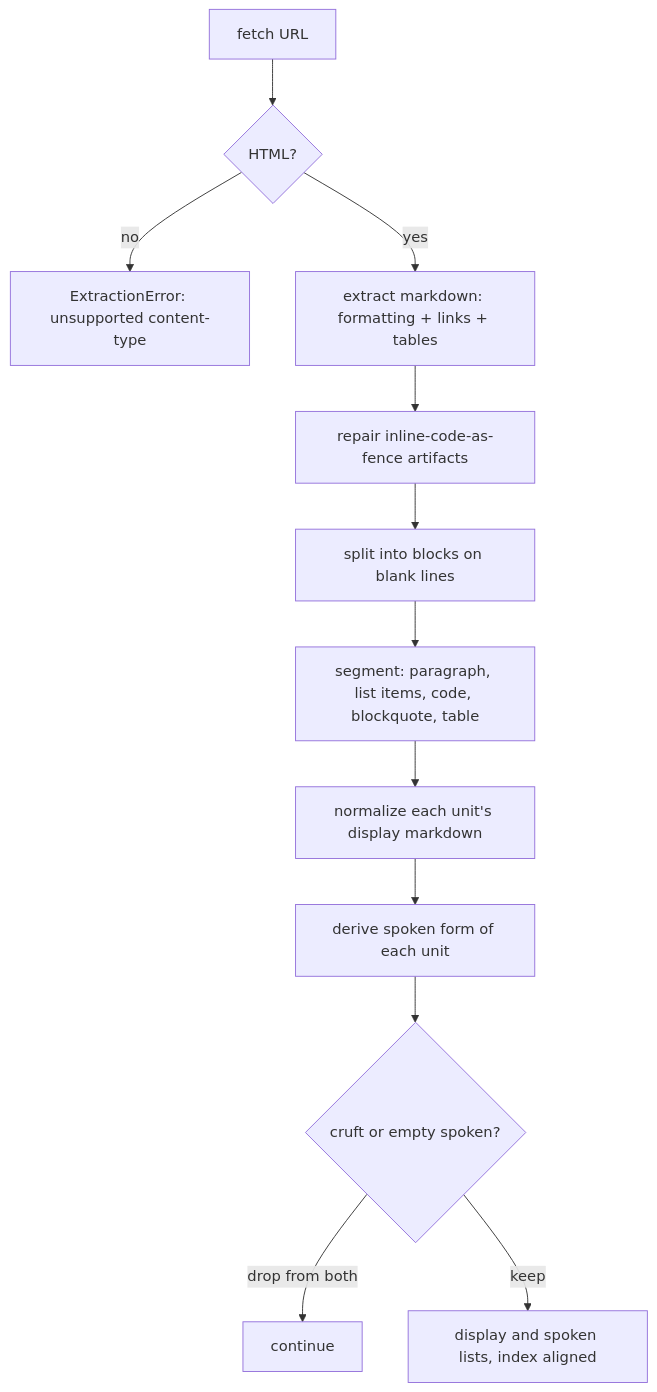
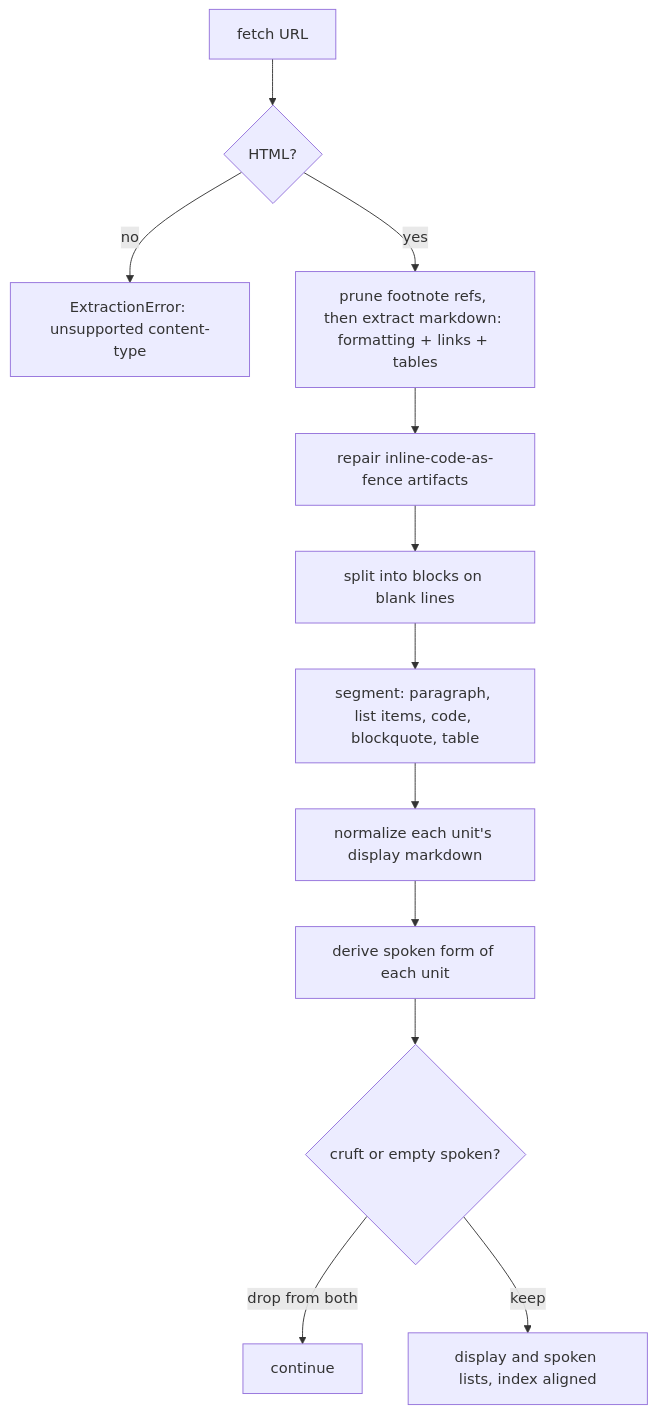
The second of 4 diagrams in docs/technical-design/article-extraction.md (asermax/nagara), drawn with Mermaid before and after one commit. The commit also changed other lines of this file and 6 other files, not shown here.

First line of the commit message:
feat(api): prune footnote reference markers before extraction

````diff
--- a/docs/technical-design/article-extraction.md
+++ b/docs/technical-design/article-extraction.md
@@ -73,14 +73,14 @@
 ```mermaid
 flowchart TD
     U["fetch URL"] --> C{"HTML?"}
     C -->|no| F1["ExtractionError: unsupported content-type"]
-    C -->|yes| E["extract markdown: formatting + links + tables"]
+    C -->|yes| E["prune footnote refs, then extract markdown: formatting + links + tables"]
     E --> R["repair inline-code-as-fence artifacts"]
     R --> B["split into blocks on blank lines"]
     B --> S["segment: paragraph, list items, code, blockquote, table"]
     S --> N["normalize each unit's display markdown"]
     N --> D["derive spoken form of each unit"]
     D --> X{"cruft or empty spoken?"}
     X -->|drop from both| Y["continue"]
     X -->|keep| Z["display and spoken lists, index aligned"]
 ```
````
